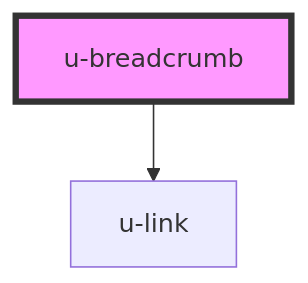
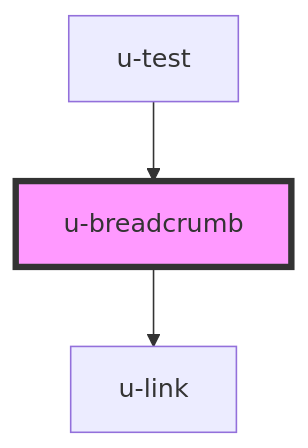
One commit to theUrbans/uniform changed the diagram in src/components/u-breadcrumb/readme.md. Above: the diagram before and after it, drawn with Mermaid. The commit also changed other lines of this file and 9 other files, not shown here.

````diff
--- a/src/components/u-breadcrumb/readme.md
+++ b/src/components/u-breadcrumb/readme.md
@@ -37,5 +36,6 @@
 ```mermaid
 graph TD;
   u-breadcrumb --> u-link
+  u-test --> u-breadcrumb
   style u-breadcrumb fill:#f9f,stroke:#333,stroke-width:4px
 ```
````
